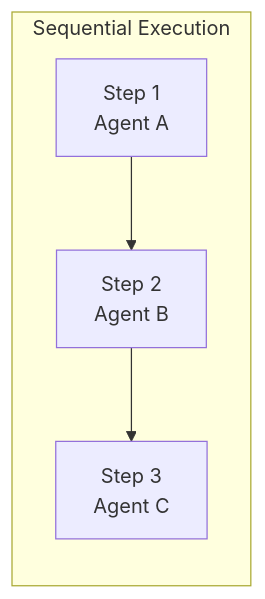
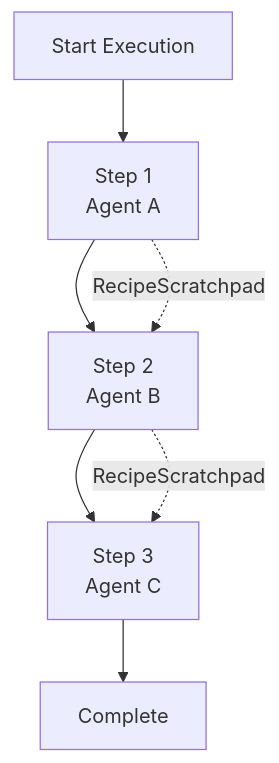
One commit to AutomatosAI/automatos-ai changed the first of 5 diagrams in docs/workflows-recipes/execution-configuration.md. Above: the diagram before and after it, drawn with Mermaid. The commit also changed other lines of this file and 149 other files, not shown here.

Commit message:
docs: refresh documentation with graphify semantic scan

````diff
--- a/docs/workflows-recipes/execution-configuration.md
+++ b/docs/workflows-recipes/execution-configuration.md
@@ -70,11 +66,10 @@
 ```mermaid
-graph LR
-    Step1["Step 1<br/>Agent A"] --> Step2["Step 2<br/>Agent B"]
+graph TB
+    Start["Start Execution"] --> Step1["Step 1<br/>Agent A"]
+    Step1 --> Step2["Step 2<br/>Agent B"]
     Step2 --> Step3["Step 3<br/>Agent C"]
+    Step3 --> End["Complete"]
     
-    subgraph "Sequential Execution"
-        Step1
-        Step2
-        Step3
-    end
+    Step1 -.->|"RecipeScratchpad"| Step2
+    Step2 -.->|"RecipeScratchpad"| Step3
 ```
````
